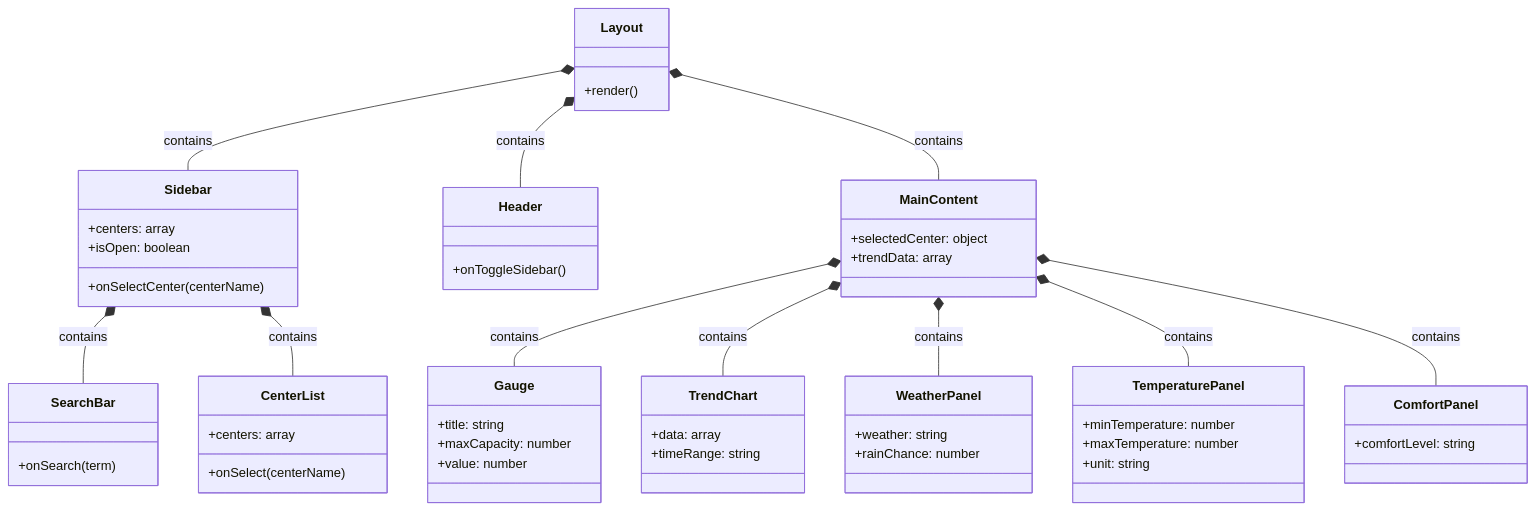
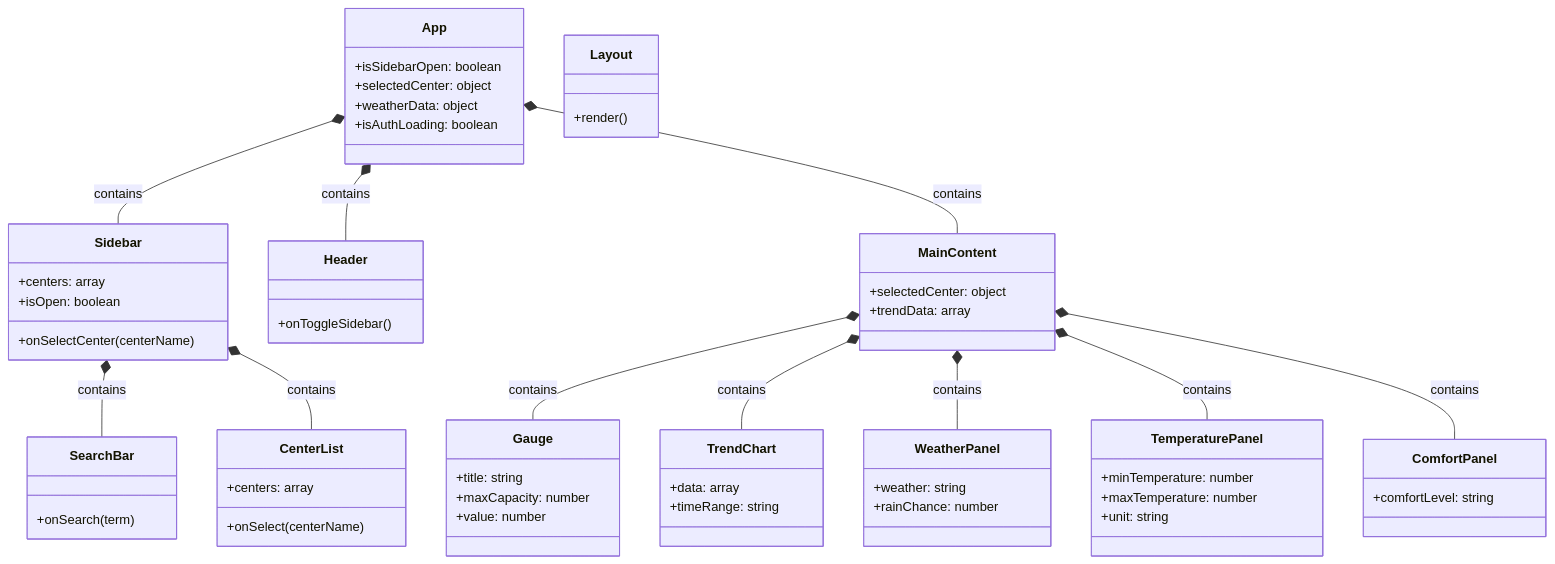
The diagram in plan/frontend_prd.md (sacahan/CSCFlow), drawn with Mermaid before and after one commit. The commit also changed other lines of this file and 2 other files, not shown here.

````diff
--- a/plan/frontend_prd.md
+++ b/plan/frontend_prd.md
@@ -19,63 +19,71 @@
 ```mermaid
 classDiagram
+    %% Root Component
+    class App {
+        +isSidebarOpen: boolean
+        +selectedCenter: object
+        +weatherData: object
+        +isAuthLoading: boolean
+    }
+
     %% Layout Components
     class Layout {
         +render()
     }
     class Sidebar {
         +centers: array
         +isOpen: boolean
         +onSelectCenter(centerName)
     }
     class Header {
         +onToggleSidebar()
     }
     class MainContent {
         +selectedCenter: object
         +trendData: array
     }
 
     %% Basic Components
     class SearchBar {
         +onSearch(term)
     }
     class CenterList {
         +centers: array
         +onSelect(centerName)
     }
     class Gauge {
         +title: string
         +maxCapacity: number
         +value: number
     }
     class TrendChart {
         +data: array
         +timeRange: string
     }
     class WeatherPanel {
         +weather: string
         +rainChance: number
     }
     class TemperaturePanel {
         +minTemperature: number
         +maxTemperature: number
         +unit: string
     }
     class ComfortPanel {
         +comfortLevel: string
     }
 
     %% Relationships
-    Layout *-- Sidebar: contains
-    Layout *-- Header: contains
-    Layout *-- MainContent: contains
+    App *-- Sidebar: contains
+    App *-- Header: contains
+    App *-- MainContent: contains
 
     Sidebar *-- SearchBar: contains
     Sidebar *-- CenterList: contains
 
     MainContent *-- Gauge: contains
     MainContent *-- TrendChart: contains
     MainContent *-- WeatherPanel: contains
     MainContent *-- TemperaturePanel: contains
     MainContent *-- ComfortPanel: contains
 ```
````
